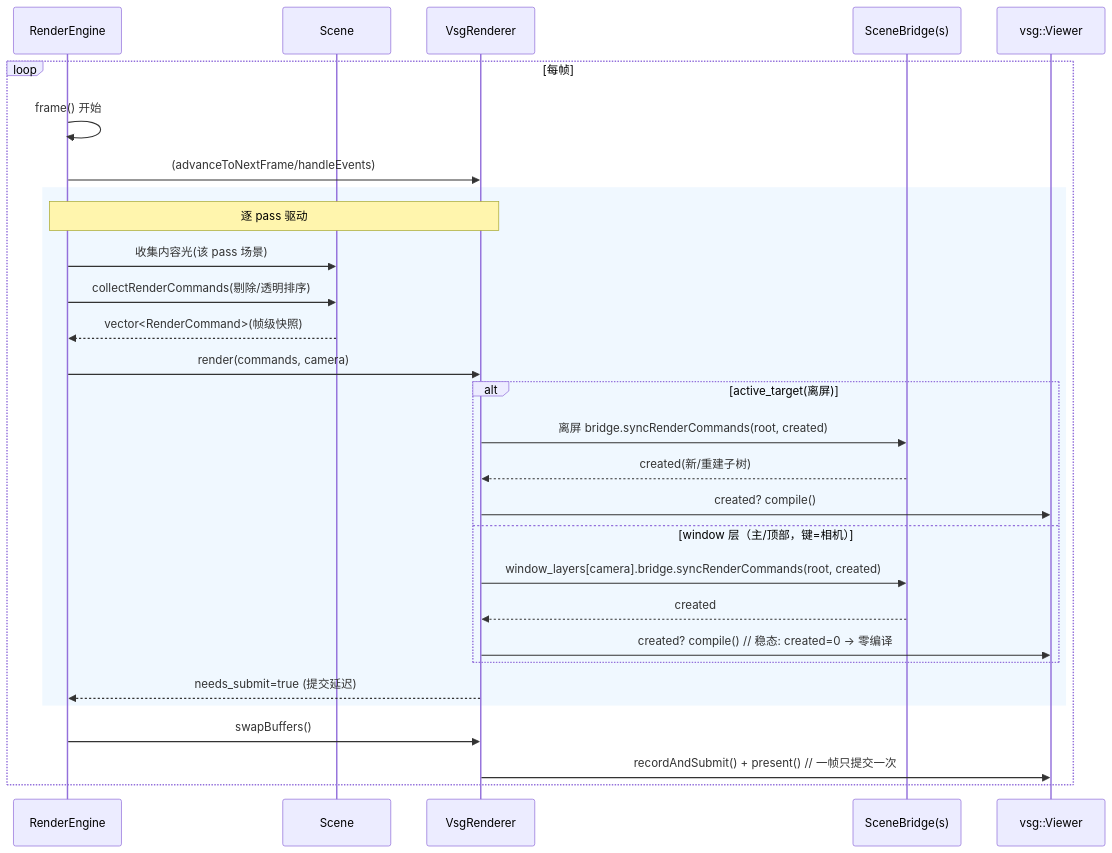
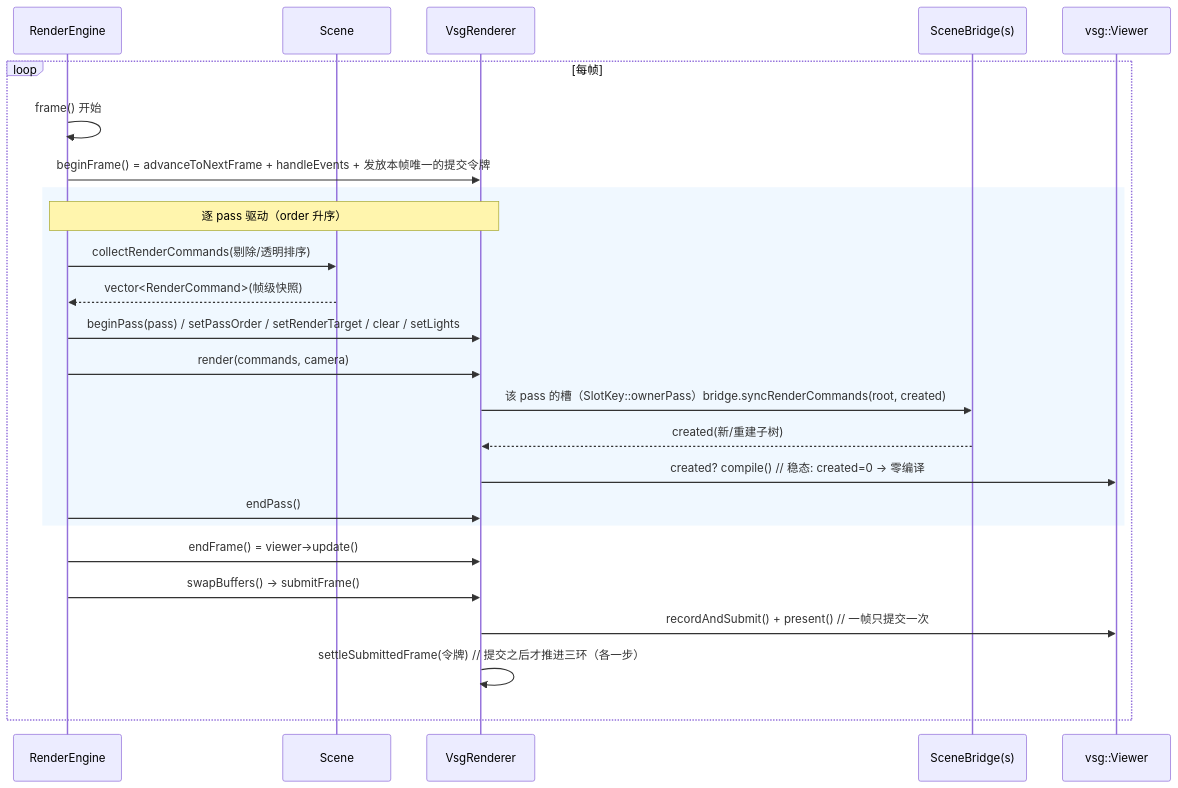
Before and after one commit to lonelyong/Vine: the second of 2 diagrams in src/plugins/gfx_backend_vsg/docs/data-flow.md, drawn with Mermaid. The commit also changed other lines of this file and 34 other files, not shown here.

````diff
--- a/src/plugins/gfx_backend_vsg/docs/data-flow.md
+++ b/src/plugins/gfx_backend_vsg/docs/data-flow.md
@@ -356,32 +358,28 @@
 ```mermaid
 sequenceDiagram
     participant E as RenderEngine
     participant S as Scene
     participant R as VsgRenderer
     participant B as SceneBridge(s)
     participant V as vsg::Viewer
 
     loop 每帧
         E->>E: frame() 开始
-        E->>R: (advanceToNextFrame/handleEvents)
+        E->>R: beginFrame() = advanceToNextFrame + handleEvents + 发放本帧唯一的提交令牌
         rect rgb(240,248,255)
-        note over E,R: 逐 pass 驱动
-        E->>S: 收集内容光(该 pass 场景)
+        note over E,R: 逐 pass 驱动（order 升序）
         E->>S: collectRenderCommands(剔除/透明排序)
         S-->>E: vector<RenderCommand>(帧级快照)
+        E->>R: beginPass(pass) / setPassOrder / setRenderTarget / clear / setLights
         E->>R: render(commands, camera)
-        alt active_target(离屏)
-            R->>B: 离屏 bridge.syncRenderCommands(root, created)
-            B-->>R: created(新/重建子树)
-            R->>V: created? compile()
-        else window 层（主/顶部，键=相机）
-            R->>B: window_layers[camera].bridge.syncRenderCommands(root, created)
-            B-->>R: created
-            R->>V: created? compile()   // 稳态: created=0 → 零编译
+        R->>B: 该 pass 的槽（SlotKey::ownerPass）bridge.syncRenderCommands(root, created)
+        B-->>R: created(新/重建子树)
+        R->>V: created? compile()   // 稳态: created=0 → 零编译
+        E->>R: endPass()
         end
-        R-->>E: needs_submit=true (提交延迟)
-        end
-        E->>R: swapBuffers()
+        E->>R: endFrame() = viewer->update()
+        E->>R: swapBuffers() → submitFrame()
         R->>V: recordAndSubmit() + present()   // 一帧只提交一次
+        R->>R: settleSubmittedFrame(令牌)      // 提交之后才推进三环（各一步）
     end
 ```
````
